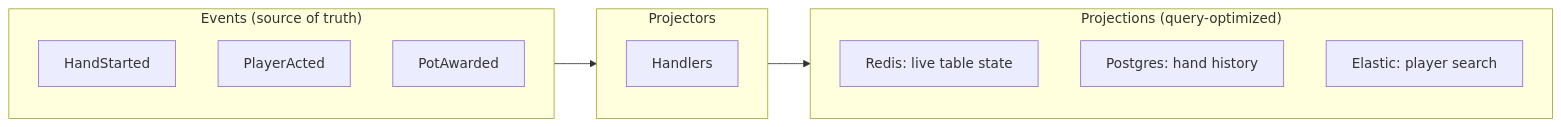
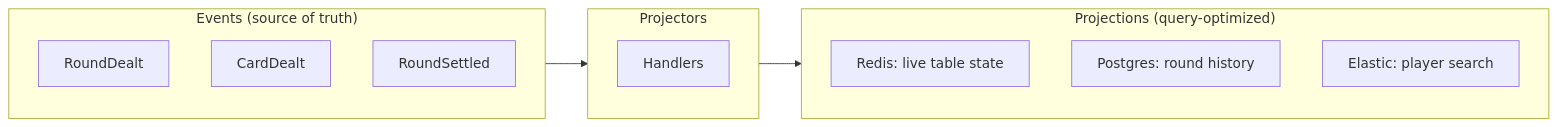
The diagram in site/src/content/docs/features/projections.mdx (angzarr-io/angzarr-project), drawn with Mermaid before and after one commit. The commit also changed other lines of this file and 18 other files, not shown here.

````diff
--- a/site/src/content/docs/features/projections.mdx
+++ b/site/src/content/docs/features/projections.mdx
@@ -14,21 +14,21 @@
 ```mermaid
 flowchart LR
     subgraph events["Events (source of truth)"]
-        e1[HandStarted]
-        e2[PlayerActed]
-        e3[PotAwarded]
+        e1[RoundDealt]
+        e2[CardDealt]
+        e3[RoundSettled]
     end
 
     subgraph projectors["Projectors"]
         h[Handlers]
     end
 
     subgraph projections["Projections (query-optimized)"]
         p1["Redis: live table state"]
-        p2["Postgres: hand history"]
+        p2["Postgres: round history"]
         p3["Elastic: player search"]
     end
 
     events --> projectors
     projectors --> projections
 ```
````
